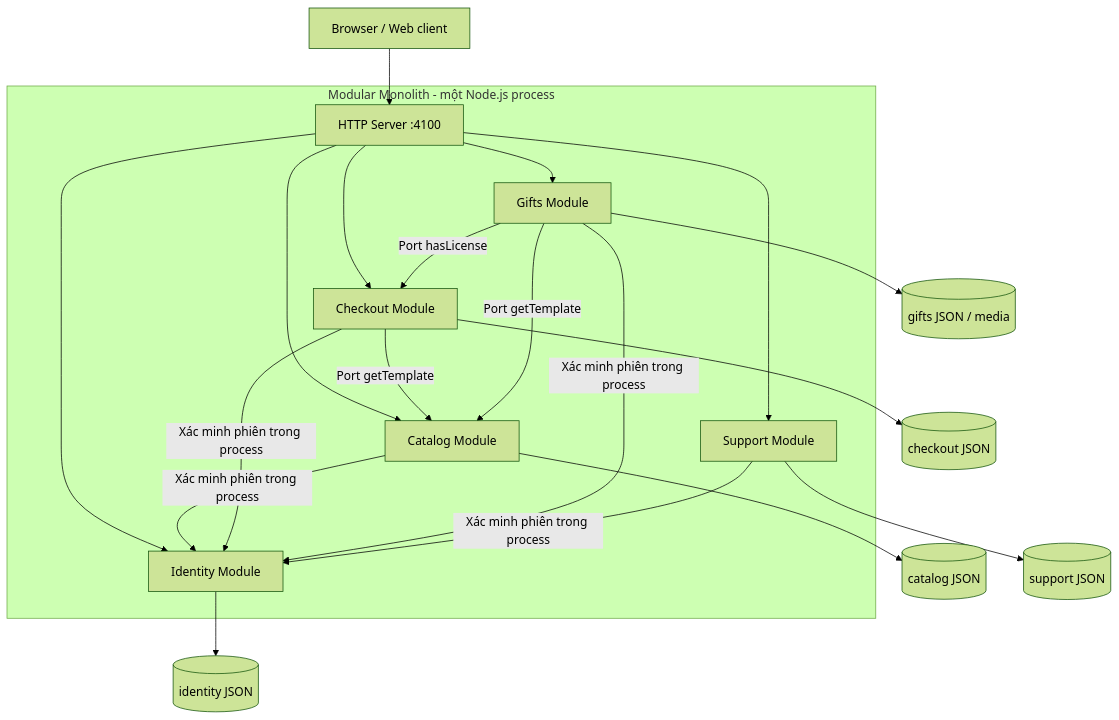
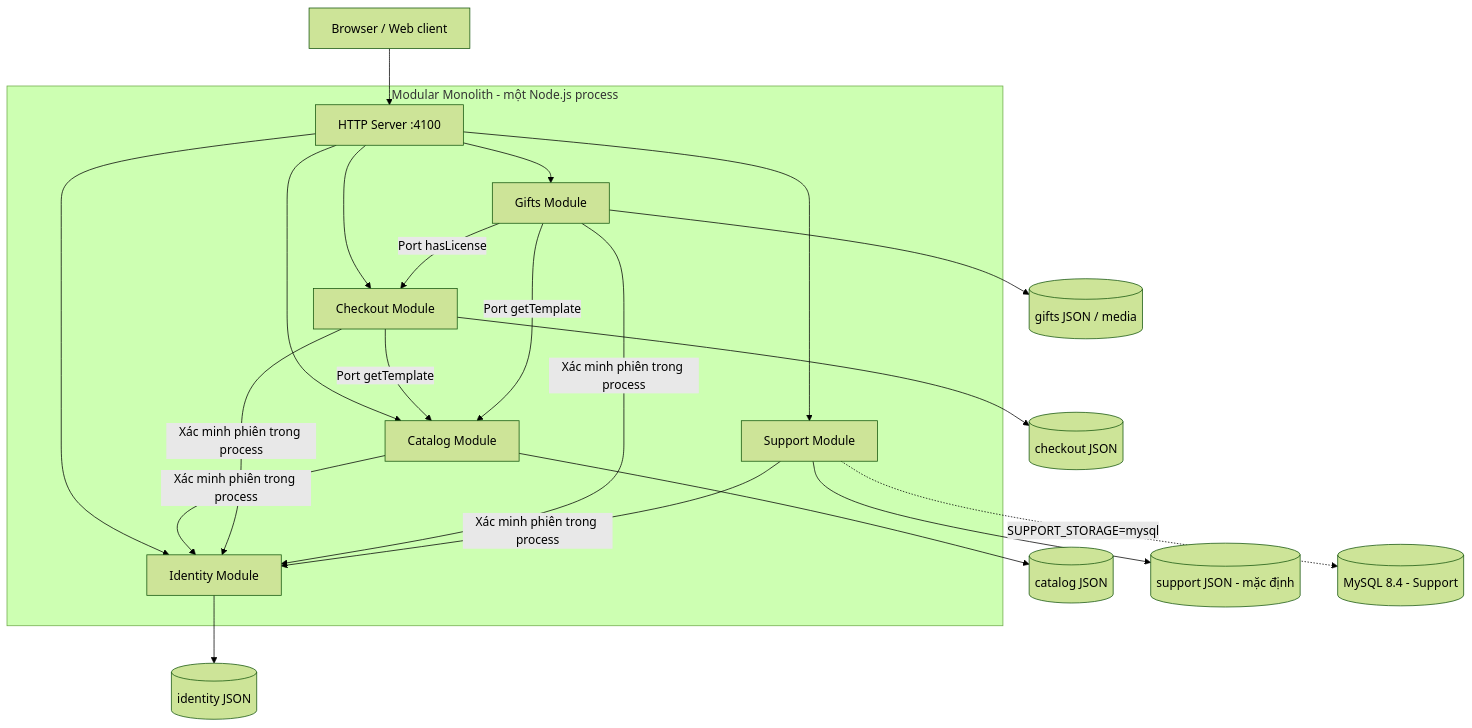
Before and after one commit to GNAUQ153/momevia: the diagram in docs/ARCHITECTURE.md, drawn with Mermaid (forest theme). The commit also changed other lines of this file and 25 other files, not shown here.

Commit message:
feat: integrate MySQL 8.4 foundation and support runtime v0.8

````diff
--- a/docs/ARCHITECTURE.md
+++ b/docs/ARCHITECTURE.md
@@ -5,23 +5,24 @@
 ```mermaid
 flowchart TB
     B[Browser / Web client] --> H[HTTP Server :4100]
     subgraph Backend[Modular Monolith - một Node.js process]
         H --> I[Identity Module]
         H --> C[Catalog Module]
         H --> O[Checkout Module]
         H --> G[Gifts Module]
         H --> S[Support Module]
         O -->|Port getTemplate| C
         G -->|Port getTemplate| C
         G -->|Port hasLicense| O
         C -->|Xác minh phiên trong process| I
         O -->|Xác minh phiên trong process| I
         G -->|Xác minh phiên trong process| I
         S -->|Xác minh phiên trong process| I
     end
     I --> DI[(identity JSON)]
     C --> DC[(catalog JSON)]
     O --> DO[(checkout JSON)]
     G --> DG[(gifts JSON / media)]
-    S --> DS[(support JSON)]
+    S --> DS[(support JSON - mặc định)]
+    S -. SUPPORT_STORAGE=mysql .-> MY[(MySQL 8.4 - Support)]
 ```
````
